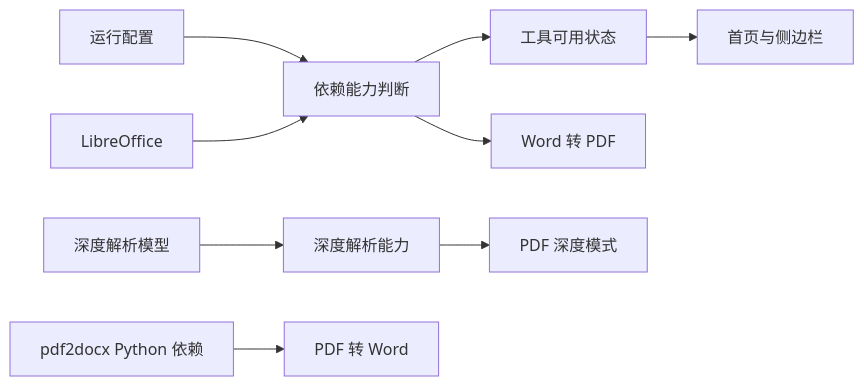
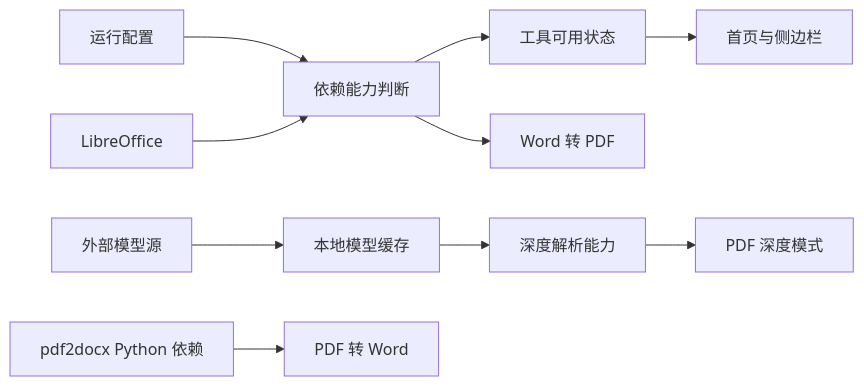
One commit to ddll8023/tools changed the fifth of 8 diagrams in doc/模块说明文档.md. Above: the diagram before and after it, drawn with Mermaid. The commit also changed other lines of this file and 7 other files, not shown here.

````diff
--- a/doc/模块说明文档.md
+++ b/doc/模块说明文档.md
@@ -374,11 +379,12 @@
 ```mermaid
 flowchart LR
     Config[运行配置] --> DependencyCheck[依赖能力判断]
     LibreOffice[LibreOffice] --> DependencyCheck
-    MinerU[深度解析模型] --> DeepCapability[深度解析能力]
+    ModelSource[外部模型源] --> ModelCache[本地模型缓存]
+    ModelCache --> DeepCapability[深度解析能力]
     DependencyCheck --> Catalog[工具可用状态]
     Catalog --> Navigation[首页与侧边栏]
     DependencyCheck --> Word[Word 转 PDF]
     Pdf2Docx[pdf2docx Python 依赖] --> PDFWord[PDF 转 Word]
     DeepCapability --> PDF[PDF 深度模式]
 ```
````
